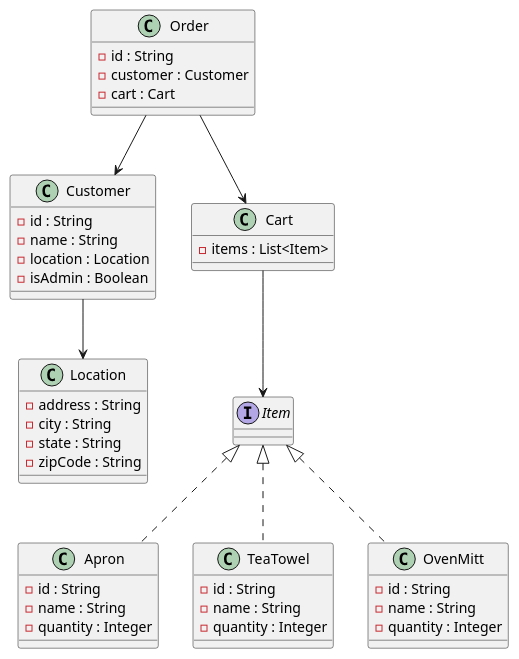
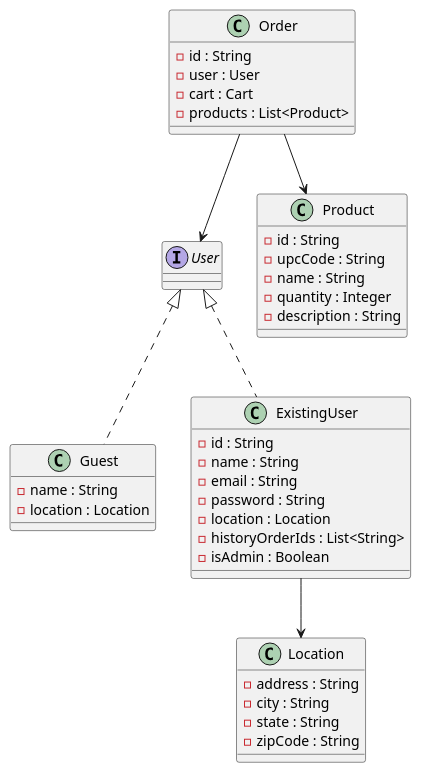
One commit to sylviamohos/CoolWithCouleBackend changed the diagram in project_documents/Design/GeneralClassDiagram.puml. Above: the diagram before and after it, drawn with PlantUML. The commit also changed other lines of this file and 2 other files, not shown here.

Commit message:
added class diagram

```diff
--- a/project_documents/Design/GeneralClassDiagram.puml
+++ b/project_documents/Design/GeneralClassDiagram.puml
@@ -1,53 +1,47 @@
 @startuml
 
-class Customer{
+interface User{
+}
+class Guest implements User{
+-name : String
+-location : Location
+}
+class ExistingUser implements User{
 -id : String
 -name : String
+-email : String
+-password : String
 -location : Location
+-historyOrderIds : List<String>
 -isAdmin : Boolean
 }
 
 class Order{
 -id : String
--customer : Customer
+-user : User
 -cart : Cart
+-products : List<Product>
 }
 
-class Cart{
--items : List<Item>
-}
-
-interface Item{
-}
-class Apron implements Item{
+class Product{
 -id : String
+-upcCode : String
 -name : String
 -quantity : Integer
+-description : String
 }
-class TeaTowel implements Item{
--id : String
--name : String
--quantity : Integer
-}
-class OvenMitt implements Item{
--id : String
--name : String
--quantity : Integer
-}
-
-
 
 class Location{
 -address : String
 -city : String
 -state : String
 -zipCode : String
 }
 
-Customer --> Location
-Order --> Customer
-Order --> Cart
-Cart --> Item
+
+ExistingUser --> Location
+Order --> User
+Order--> Product
 
 
 @enduml
```
